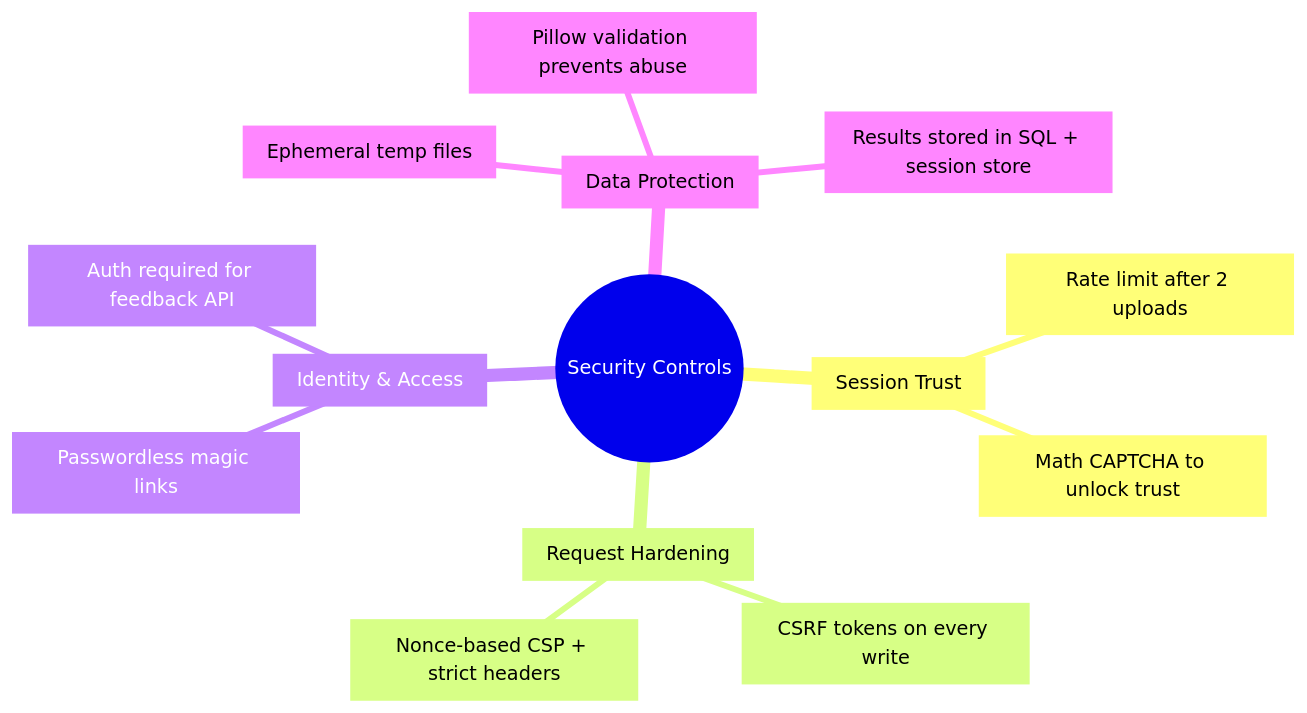
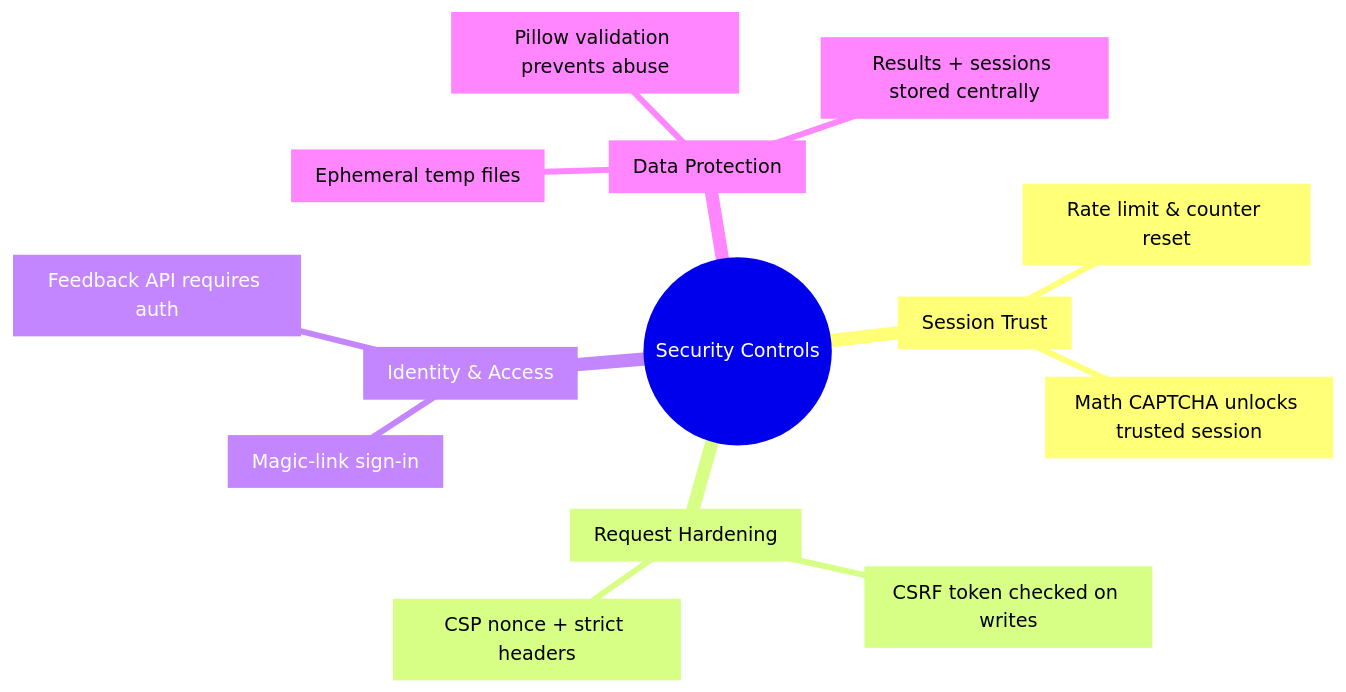
The diagram in docs/diagram_sources/security-mindmap.mmd (Red-Turtles/Proof-Of-Concept-Demo), drawn with Mermaid before and after one commit. The commit also changed 8 other files, not shown here.

Commit message:
Refactor: Update diagrams for clarity and accuracy

```diff
--- a/docs/diagram_sources/security-mindmap.mmd
+++ b/docs/diagram_sources/security-mindmap.mmd
@@ -1,15 +1,15 @@
 mindmap
   root((Security Controls))
     trust["Session Trust"]
-      rate_limit["Rate limit after 2 uploads"]
-      captcha_gate["Math CAPTCHA to unlock trust"]
+      rate_limit["Rate limit & counter reset"]
+      captcha_gate["Math CAPTCHA unlocks trusted session"]
     hardening["Request Hardening"]
-      csrf["CSRF tokens on every write"]
-      csp["Nonce-based CSP + strict headers"]
+      csrf["CSRF token checked on writes"]
+      csp["CSP nonce + strict headers"]
     identity["Identity & Access"]
-      magic_links["Passwordless magic links"]
-      feedback_guard["Auth required for feedback API"]
+      magic_links["Magic-link sign-in"]
+      feedback_guard["Feedback API requires auth"]
     data["Data Protection"]
       temp_cleanup["Ephemeral temp files"]
       validation["Pillow validation prevents abuse"]
-      storage["Results stored in SQL + session store"]
+      storage["Results + sessions stored centrally"]
```
